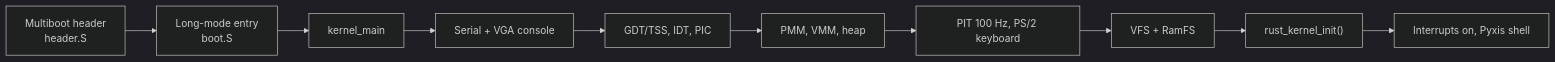
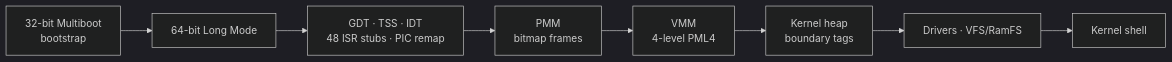
The second of 2 diagrams in README.md (obstinix/PyxisOS), drawn with Mermaid (dark theme) before and after one commit. The commit also changed other lines of this file, not shown here.

````diff
--- a/README.md
+++ b/README.md
@@ -196,12 +173,10 @@
 ```mermaid
 flowchart LR
-  A["Multiboot header<br/>header.S"] --> B["Long-mode entry<br/>boot.S"]
-  B --> C["kernel_main"]
-  C --> D["Serial + VGA console"]
-  D --> E["GDT/TSS, IDT, PIC"]
-  E --> F["PMM, VMM, heap"]
-  F --> G["PIT 100 Hz, PS/2 keyboard"]
-  G --> H["VFS + RamFS"]
-  H --> I["rust_kernel_init()"]
-  I --> J["Interrupts on, Pyxis shell"]
+    A["32-bit Multiboot<br/>bootstrap"] --> B["64-bit Long Mode"]
+    B --> C["GDT · TSS · IDT<br/>48 ISR stubs · PIC remap"]
+    C --> D["PMM<br/>bitmap frames"]
+    D --> E["VMM<br/>4-level PML4"]
+    E --> F["Kernel heap<br/>boundary tags"]
+    F --> G["Drivers · VFS/RamFS"]
+    G --> H["Kernel shell"]
 ```
````
